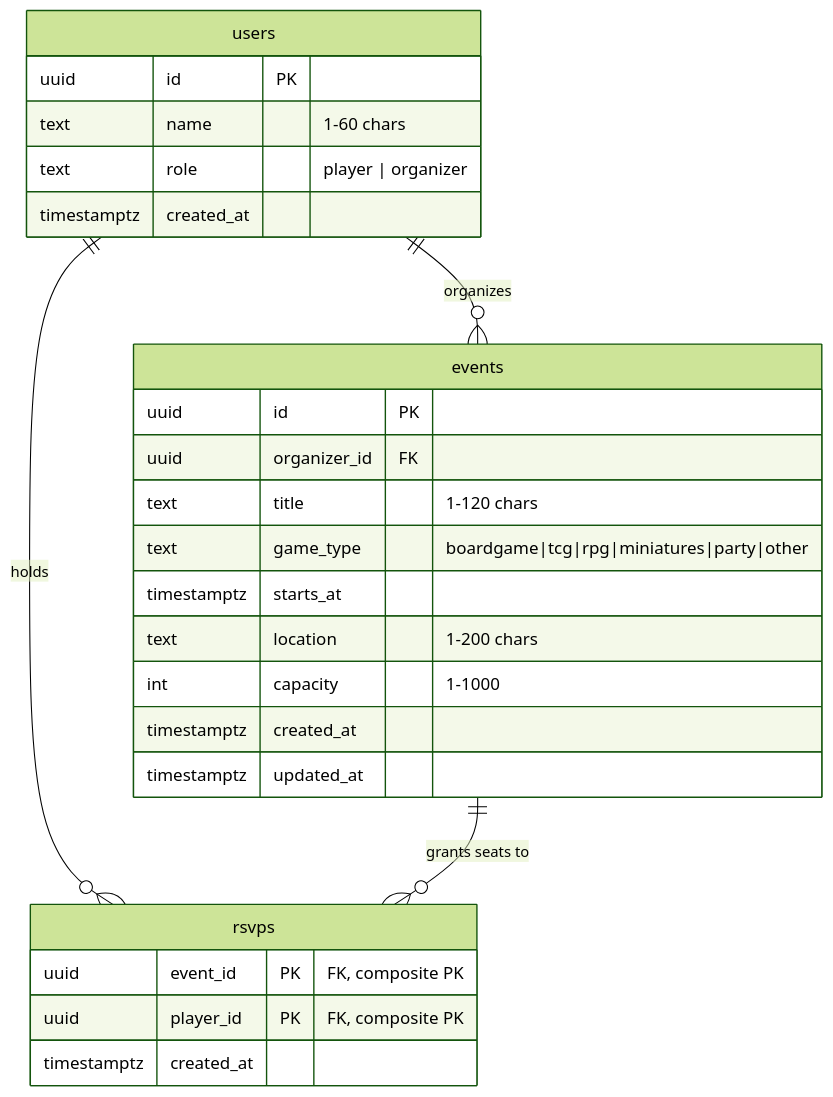
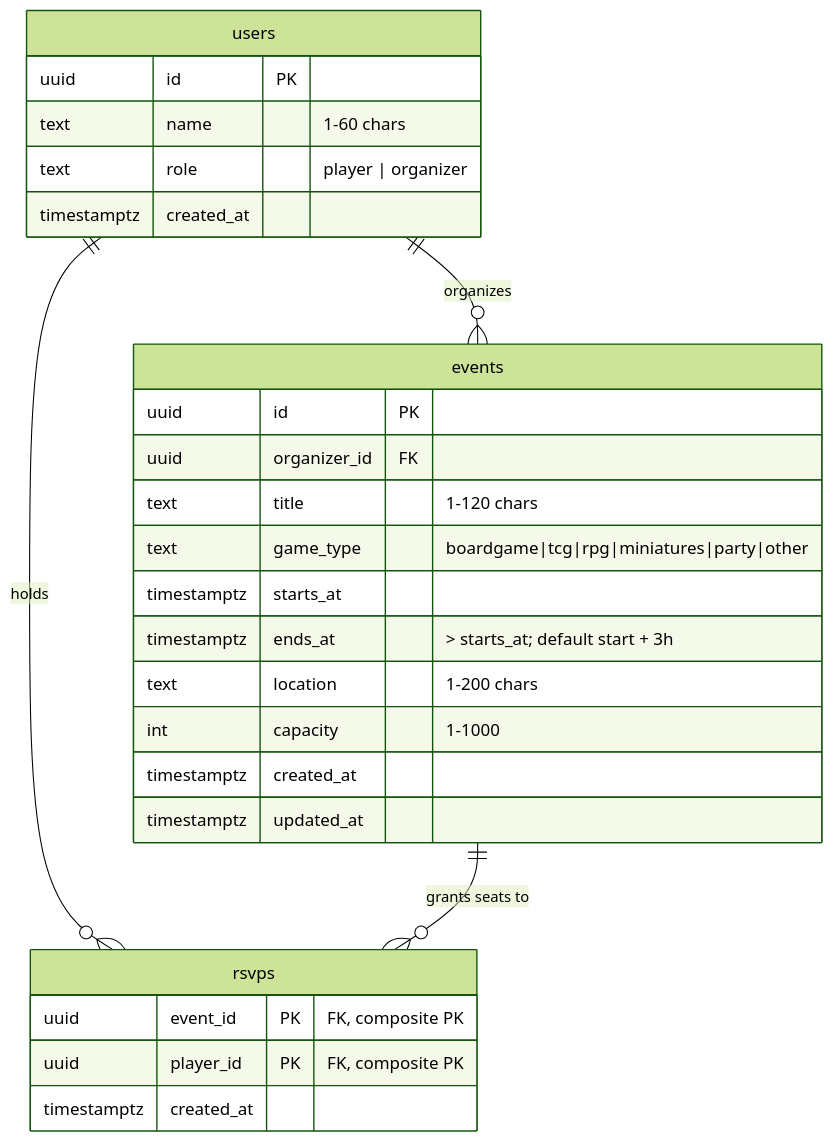
One commit to zhaoanliu/game-night changed the diagram in doc/data-model-and-concurrency.md. Above: the diagram before and after it, drawn with Mermaid (forest theme). The commit also changed other lines of this file and 29 other files, not shown here.

````diff
--- a/doc/data-model-and-concurrency.md
+++ b/doc/data-model-and-concurrency.md
@@ -16,29 +16,30 @@
 ```mermaid
 erDiagram
     users ||--o{ events : "organizes"
     users ||--o{ rsvps  : "holds"
     events ||--o{ rsvps : "grants seats to"
 
     users {
         uuid        id PK
         text        name        "1-60 chars"
         text        role        "player | organizer"
         timestamptz created_at
     }
     events {
         uuid        id PK
         uuid        organizer_id FK
         text        title       "1-120 chars"
         text        game_type   "boardgame|tcg|rpg|miniatures|party|other"
         timestamptz starts_at
+        timestamptz ends_at     "> starts_at; default start + 3h"
         text        location    "1-200 chars"
         int         capacity    "1-1000"
         timestamptz created_at
         timestamptz updated_at
     }
     rsvps {
         uuid        event_id PK "FK, composite PK"
         uuid        player_id PK "FK, composite PK"
         timestamptz created_at
     }
 ```
````
